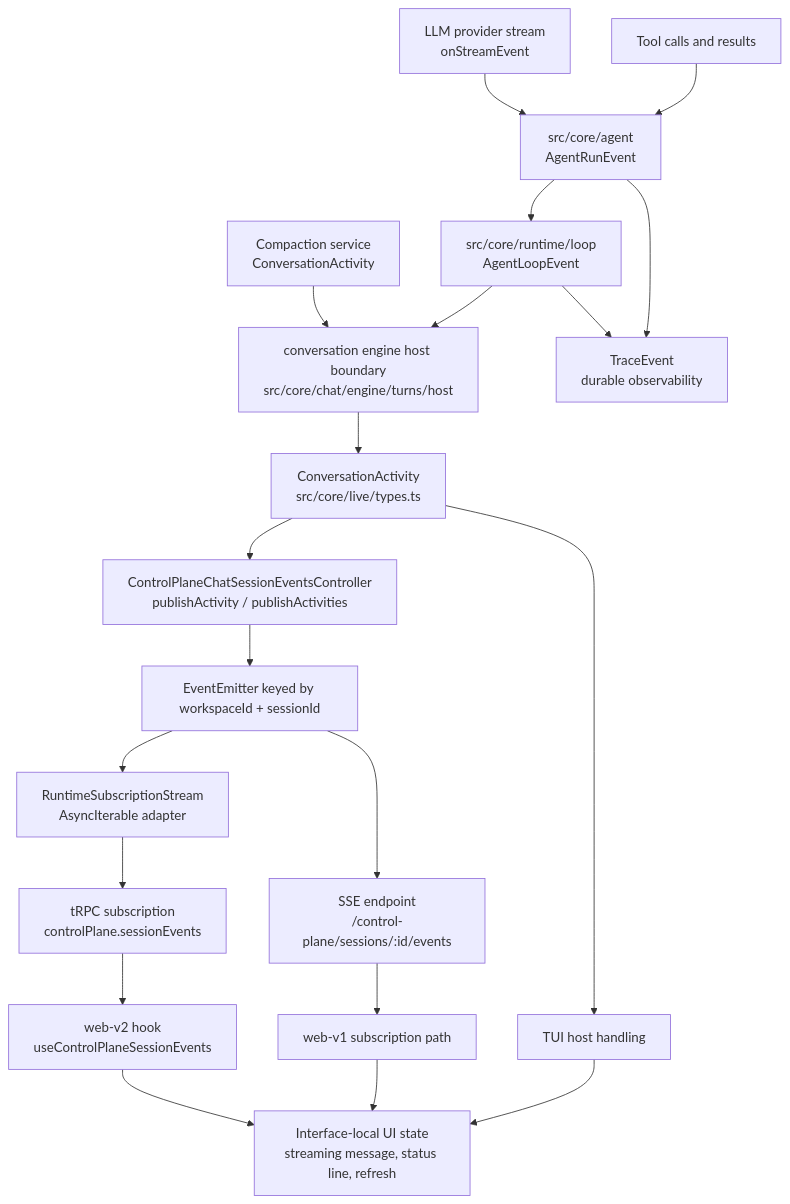
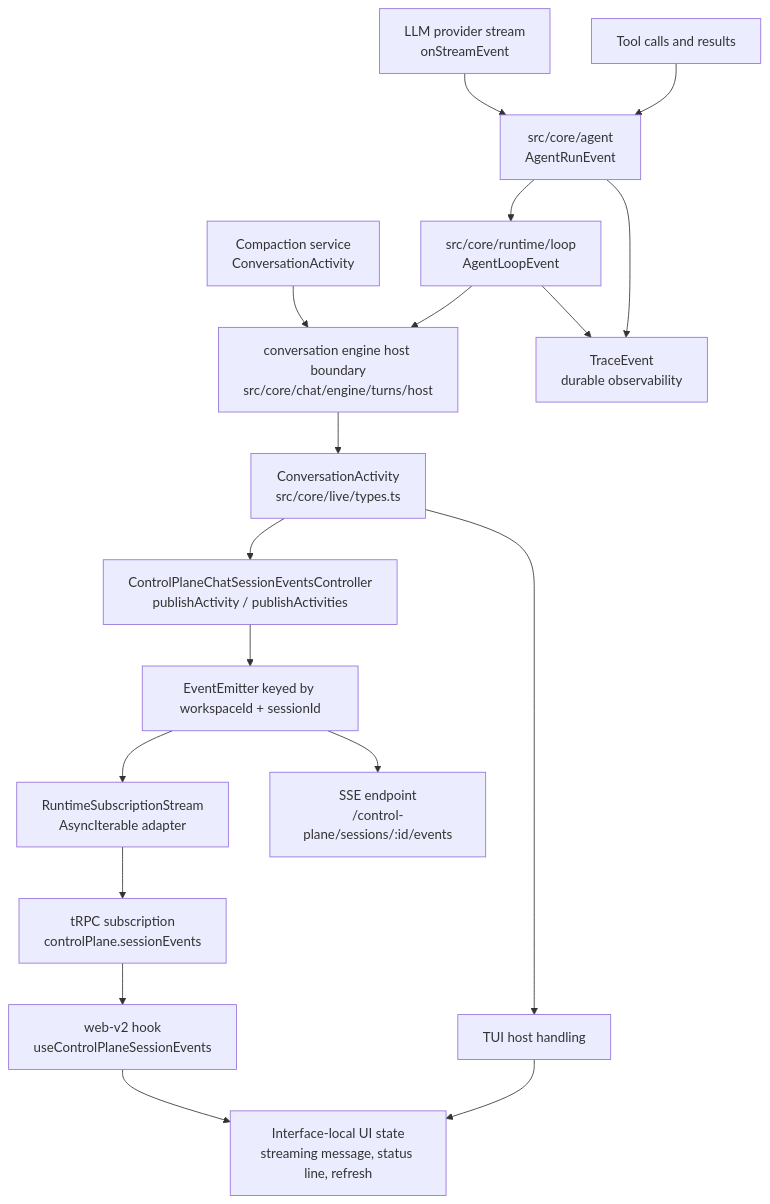
The diagram in docs/architecture/live-events.md (SuperInstance/heddle), drawn with Mermaid before and after one commit. The commit also changed other lines of this file and 110 other files, not shown here.

````diff
--- a/docs/architecture/live-events.md
+++ b/docs/architecture/live-events.md
@@ -78,22 +78,20 @@
 ```mermaid
 flowchart TD
   LLM["LLM provider stream<br/>onStreamEvent"] --> Agent["src/core/agent<br/>AgentRunEvent"]
   Tools["Tool calls and results"] --> Agent
   Compaction["Compaction service<br/>ConversationActivity"] --> HostBoundary["conversation engine host boundary<br/>src/core/chat/engine/turns/host"]
   Agent --> Runtime["src/core/runtime/loop<br/>AgentLoopEvent"]
   Runtime --> HostBoundary
   HostBoundary --> Activity["ConversationActivity<br/>src/core/live/types.ts"]
   Agent --> Trace["TraceEvent<br/>durable observability"]
   Runtime --> Trace
   Activity --> Publisher["ControlPlaneChatSessionEventsController<br/>publishActivity / publishActivities"]
   Publisher --> Bus["EventEmitter keyed by workspaceId + sessionId"]
   Bus --> Queue["RuntimeSubscriptionStream<br/>AsyncIterable adapter"]
   Queue --> TRPC["tRPC subscription<br/>controlPlane.sessionEvents"]
   Bus --> SSE["SSE endpoint<br/>/control-plane/sessions/:id/events"]
   TRPC --> WebV2["web-v2 hook<br/>useControlPlaneSessionEvents"]
-  SSE --> WebV1["web-v1 subscription path"]
   Activity --> TUI["TUI host handling"]
   WebV2 --> UIState["Interface-local UI state<br/>streaming message, status line, refresh"]
-  WebV1 --> UIState
   TUI --> UIState
 ```
````
